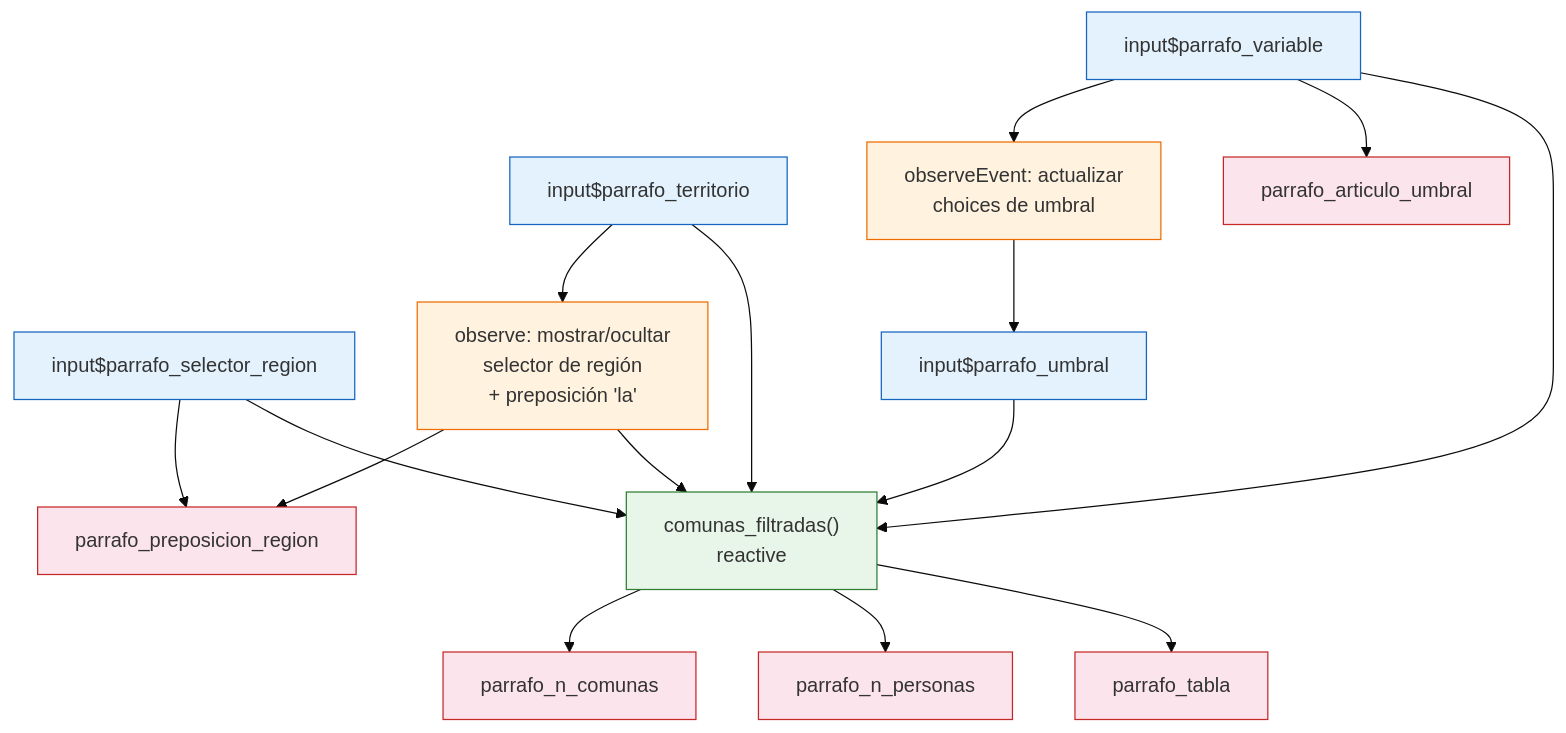
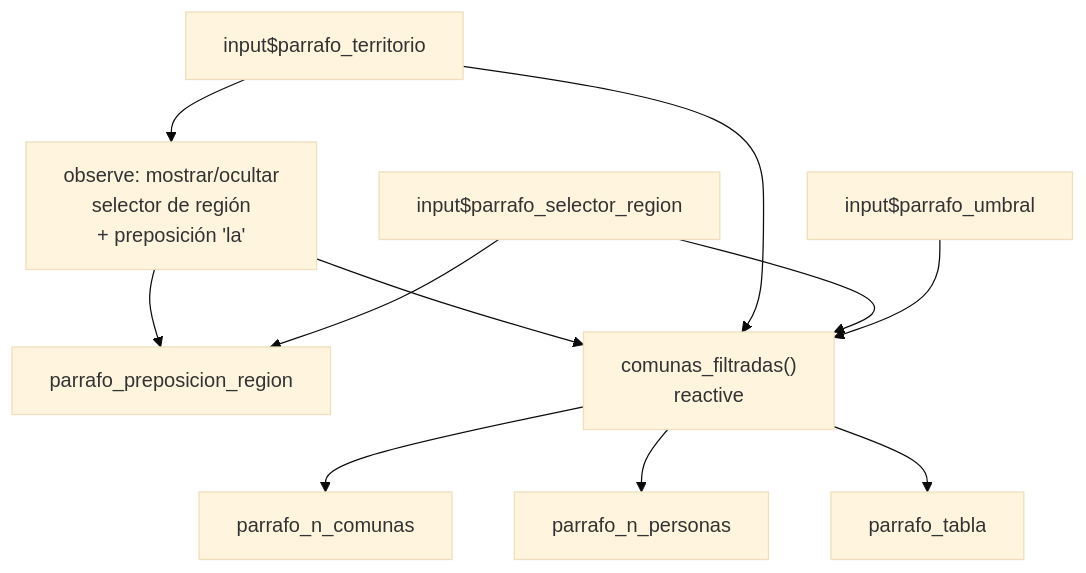
Before and after one commit to bastianolea/blog-R: the fifth of 5 diagrams in content/blog/shiny_parrafo/index.qmd, drawn with Mermaid (base theme). The commit also changed other lines of this file and 3 other files, not shown here.

````diff
--- a/content/blog/shiny_parrafo/index.qmd
+++ b/content/blog/shiny_parrafo/index.qmd
@@ -1376,42 +1196,29 @@
 ```{mermaid}
 graph TD
 territorio["input$parrafo_territorio"]:::input
 region["input$parrafo_selector_region"]:::input
-variable["input$parrafo_variable"]:::input
 umbral["input$parrafo_umbral"]:::input
 
 obs_territorio["observe: mostrar/ocultar<br>selector de región<br>+ preposición 'la'"]:::observer
-obs_variable["observeEvent: actualizar<br>choices de umbral"]:::observer
 
 prep_region["parrafo_preposicion_region"]:::output
-art_umbral["parrafo_articulo_umbral"]:::output
 
 filtradas["comunas_filtradas()<br>reactive"]:::reactive
 
 n_comunas["parrafo_n_comunas"]:::output
 n_personas["parrafo_n_personas"]:::output
 tabla["parrafo_tabla"]:::output
 
 territorio --> obs_territorio
 obs_territorio --> prep_region
 region --> prep_region
 obs_territorio --> filtradas
 
-variable --> obs_variable
-obs_variable --> umbral
-variable --> art_umbral
-variable --> filtradas
-
 territorio --> filtradas
 region --> filtradas
 umbral --> filtradas
 
 filtradas --> n_comunas
 filtradas --> n_personas
 filtradas --> tabla
-
-classDef input fill:#e3f2fd,stroke:#1565c0
-classDef observer fill:#fff3e0,stroke:#ef6c00
-classDef reactive fill:#e8f5e9,stroke:#2e7d32
-classDef output fill:#fce4ec,stroke:#c62828
 ```
````
